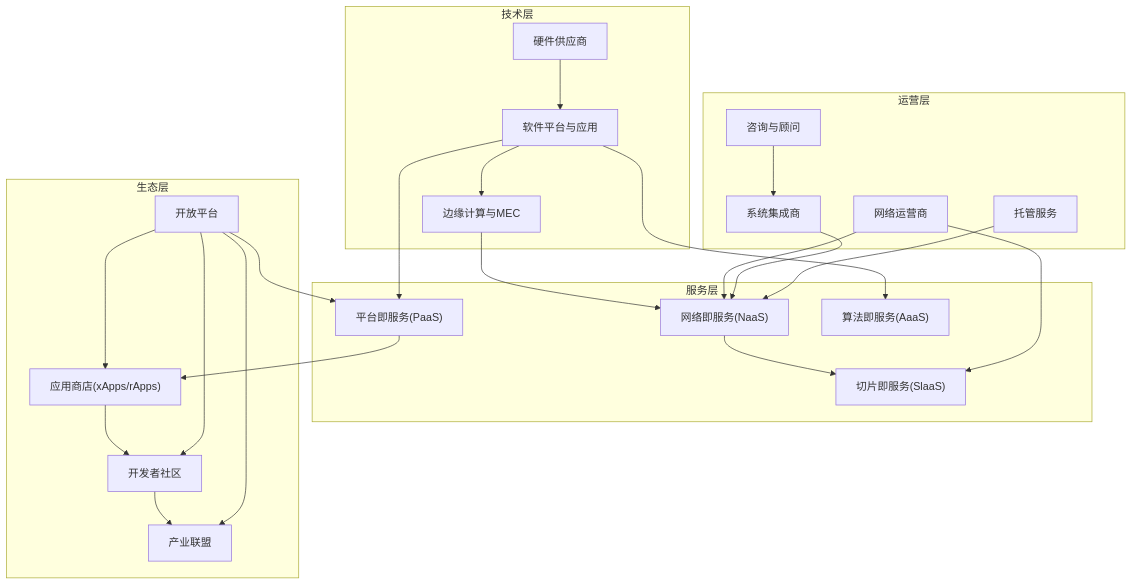
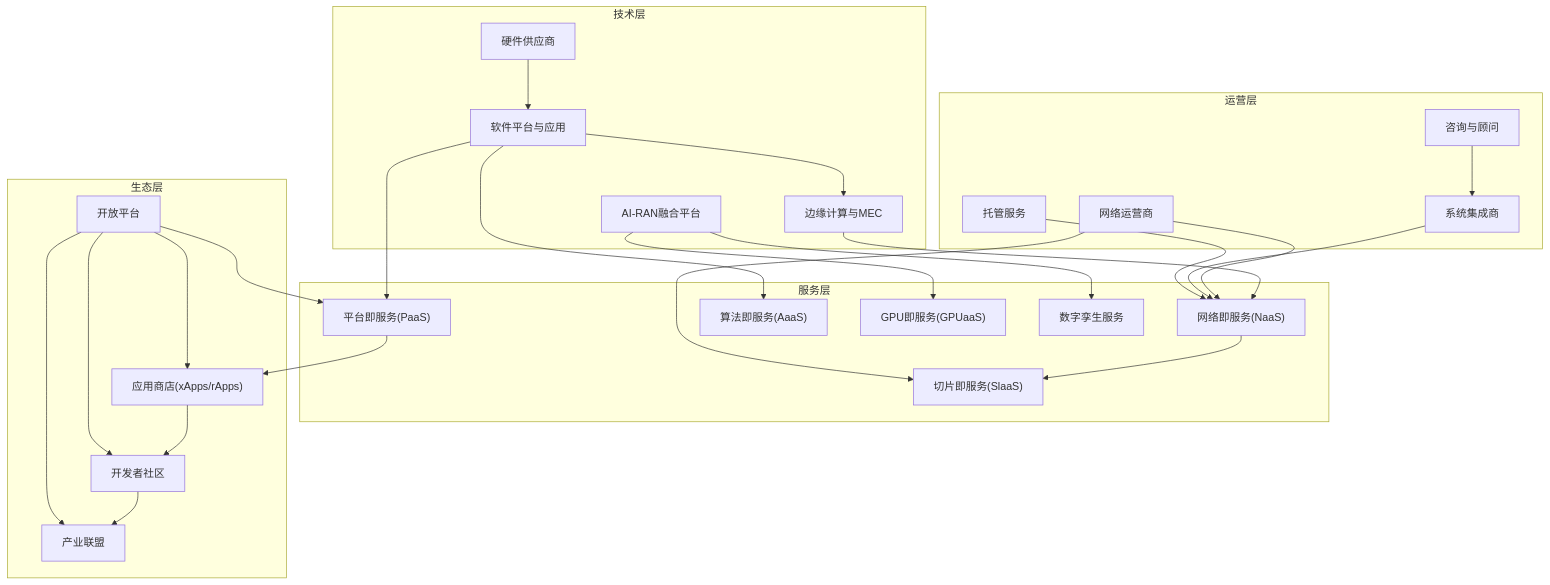
The second of 8 diagrams in .qoder/repowiki/zh/content/生态合作/商业模式创新.md (allengaller/oran-database), drawn with Mermaid before and after one commit. The commit also changed other lines of this file and 32 other files, not shown here.

````diff
--- a/.qoder/repowiki/zh/content/生态合作/商业模式创新.md
+++ b/.qoder/repowiki/zh/content/生态合作/商业模式创新.md
@@ -101,44 +110,49 @@
 ```mermaid
 graph TB
 subgraph "技术层"
 HW["硬件供应商"]
 SW["软件平台与应用"]
 EDGE["边缘计算与MEC"]
+AI["AI-RAN融合平台"]
 end
 subgraph "服务层"
 NAAS["网络即服务(NaaS)"]
 SLAAS["切片即服务(SlaaS)"]
 PAAS["平台即服务(PaaS)"]
 AAA["算法即服务(AaaS)"]
+GPUG["GPU即服务(GPUaaS)"]
+DT["数字孪生服务"]
 end
 subgraph "生态层"
 OPEN["开放平台"]
 APP["应用商店(xApps/rApps)"]
 DEV["开发者社区"]
 ALLIANCE["产业联盟"]
 end
 subgraph "运营层"
 OPER["网络运营商"]
 SI["系统集成商"]
 MSP["托管服务"]
 CONS["咨询与顾问"]
 end
 HW --> SW
 SW --> EDGE
 EDGE --> NAAS
 NAAS --> SLAAS
 SW --> PAAS
 SW --> AAA
+AI --> GPUG
+AI --> DT
 PAAS --> APP
 APP --> DEV
 DEV --> ALLIANCE
 OPEN --> PAAS
 OPEN --> APP
 OPEN --> DEV
 OPEN --> ALLIANCE
 OPER --> NAAS
 OPER --> SLAAS
 SI --> NAAS
 MSP --> NAAS
 CONS --> SI
 ```
````
